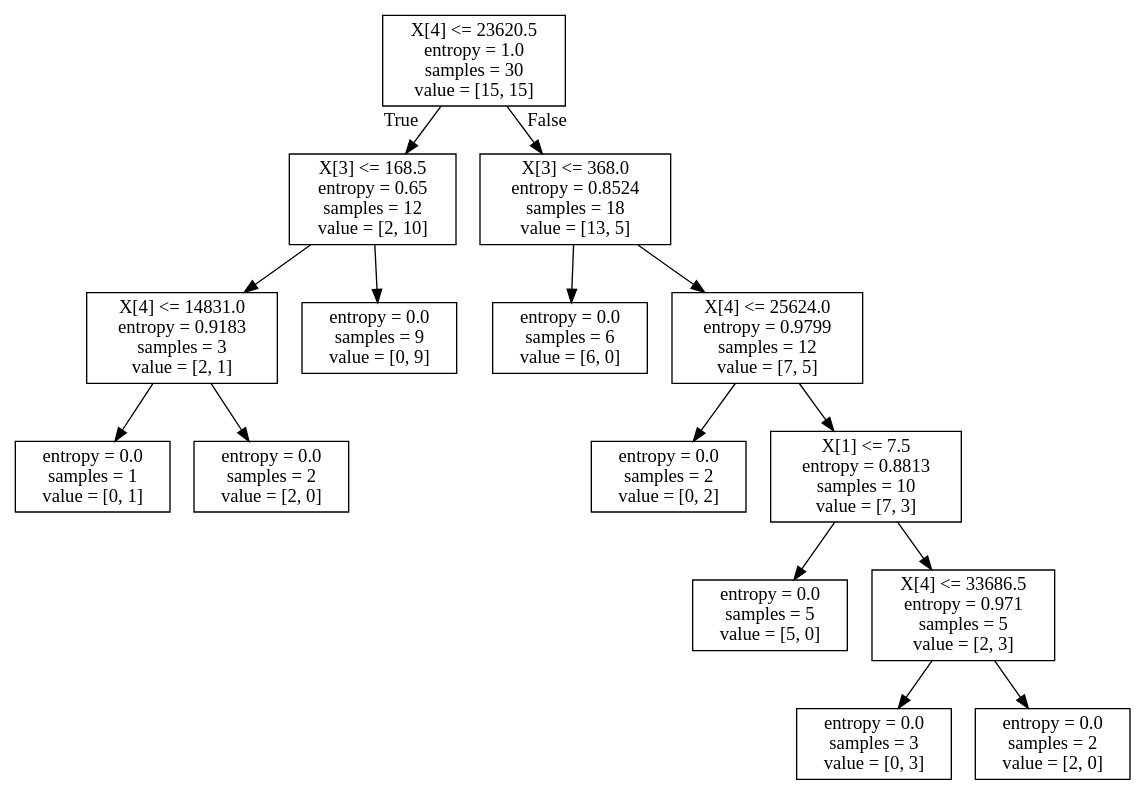
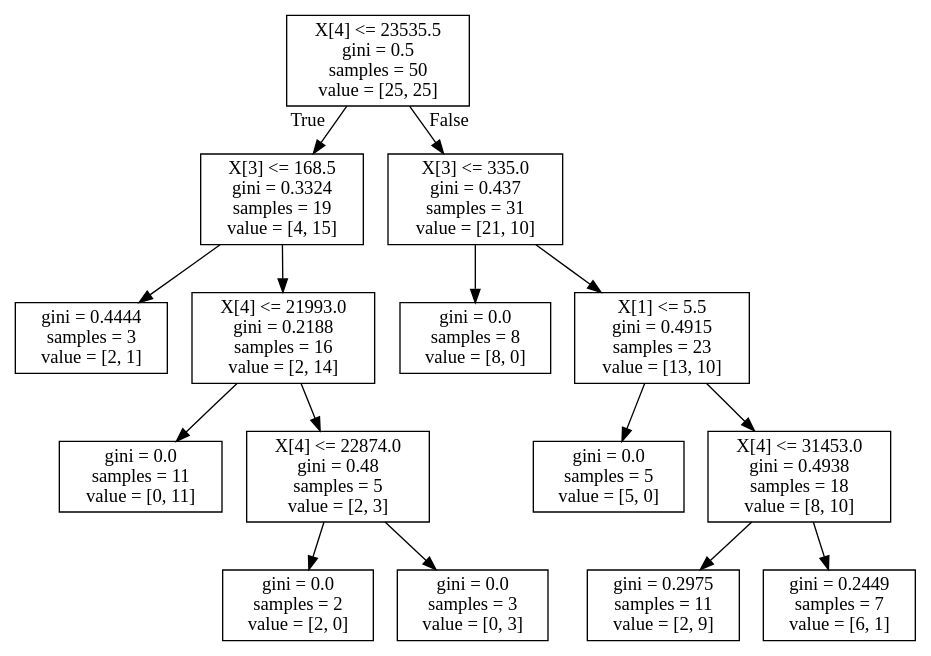
One commit to cmcollander/NaoLego changed the diagram in NaoDecisionTree.dot. Above: the diagram before and after it, drawn with Graphviz. The commit also changed 3 other files, not shown here.

```diff
--- a/NaoDecisionTree.dot
+++ b/NaoDecisionTree.dot
@@ -1,32 +1,32 @@
 digraph Tree {
 node [shape=box] ;
-0 [label="X[4] <= 23620.5\nentropy = 1.0\nsamples = 30\nvalue = [15, 15]"] ;
-1 [label="X[3] <= 168.5\nentropy = 0.65\nsamples = 12\nvalue = [2, 10]"] ;
+0 [label="X[4] <= 23535.5\ngini = 0.5\nsamples = 50\nvalue = [25, 25]"] ;
+1 [label="X[3] <= 168.5\ngini = 0.3324\nsamples = 19\nvalue = [4, 15]"] ;
 0 -> 1 [labeldistance=2.5, labelangle=45, headlabel="True"] ;
-2 [label="X[4] <= 14831.0\nentropy = 0.9183\nsamples = 3\nvalue = [2, 1]"] ;
+2 [label="gini = 0.4444\nsamples = 3\nvalue = [2, 1]"] ;
 1 -> 2 ;
-3 [label="entropy = 0.0\nsamples = 1\nvalue = [0, 1]"] ;
-2 -> 3 ;
-4 [label="entropy = 0.0\nsamples = 2\nvalue = [2, 0]"] ;
-2 -> 4 ;
-5 [label="entropy = 0.0\nsamples = 9\nvalue = [0, 9]"] ;
-1 -> 5 ;
-6 [label="X[3] <= 368.0\nentropy = 0.8524\nsamples = 18\nvalue = [13, 5]"] ;
-0 -> 6 [labeldistance=2.5, labelangle=-45, headlabel="False"] ;
-7 [label="entropy = 0.0\nsamples = 6\nvalue = [6, 0]"] ;
-6 -> 7 ;
-8 [label="X[4] <= 25624.0\nentropy = 0.9799\nsamples = 12\nvalue = [7, 5]"] ;
-6 -> 8 ;
-9 [label="entropy = 0.0\nsamples = 2\nvalue = [0, 2]"] ;
+3 [label="X[4] <= 21993.0\ngini = 0.2188\nsamples = 16\nvalue = [2, 14]"] ;
+1 -> 3 ;
+4 [label="gini = 0.0\nsamples = 11\nvalue = [0, 11]"] ;
+3 -> 4 ;
+5 [label="X[4] <= 22874.0\ngini = 0.48\nsamples = 5\nvalue = [2, 3]"] ;
+3 -> 5 ;
+6 [label="gini = 0.0\nsamples = 2\nvalue = [2, 0]"] ;
+5 -> 6 ;
+7 [label="gini = 0.0\nsamples = 3\nvalue = [0, 3]"] ;
+5 -> 7 ;
+8 [label="X[3] <= 335.0\ngini = 0.437\nsamples = 31\nvalue = [21, 10]"] ;
+0 -> 8 [labeldistance=2.5, labelangle=-45, headlabel="False"] ;
+9 [label="gini = 0.0\nsamples = 8\nvalue = [8, 0]"] ;
 8 -> 9 ;
-10 [label="X[1] <= 7.5\nentropy = 0.8813\nsamples = 10\nvalue = [7, 3]"] ;
+10 [label="X[1] <= 5.5\ngini = 0.4915\nsamples = 23\nvalue = [13, 10]"] ;
 8 -> 10 ;
-11 [label="entropy = 0.0\nsamples = 5\nvalue = [5, 0]"] ;
+11 [label="gini = 0.0\nsamples = 5\nvalue = [5, 0]"] ;
 10 -> 11 ;
-12 [label="X[4] <= 33686.5\nentropy = 0.971\nsamples = 5\nvalue = [2, 3]"] ;
+12 [label="X[4] <= 31453.0\ngini = 0.4938\nsamples = 18\nvalue = [8, 10]"] ;
 10 -> 12 ;
-13 [label="entropy = 0.0\nsamples = 3\nvalue = [0, 3]"] ;
+13 [label="gini = 0.2975\nsamples = 11\nvalue = [2, 9]"] ;
 12 -> 13 ;
-14 [label="entropy = 0.0\nsamples = 2\nvalue = [2, 0]"] ;
+14 [label="gini = 0.2449\nsamples = 7\nvalue = [6, 1]"] ;
 12 -> 14 ;
 }
```
